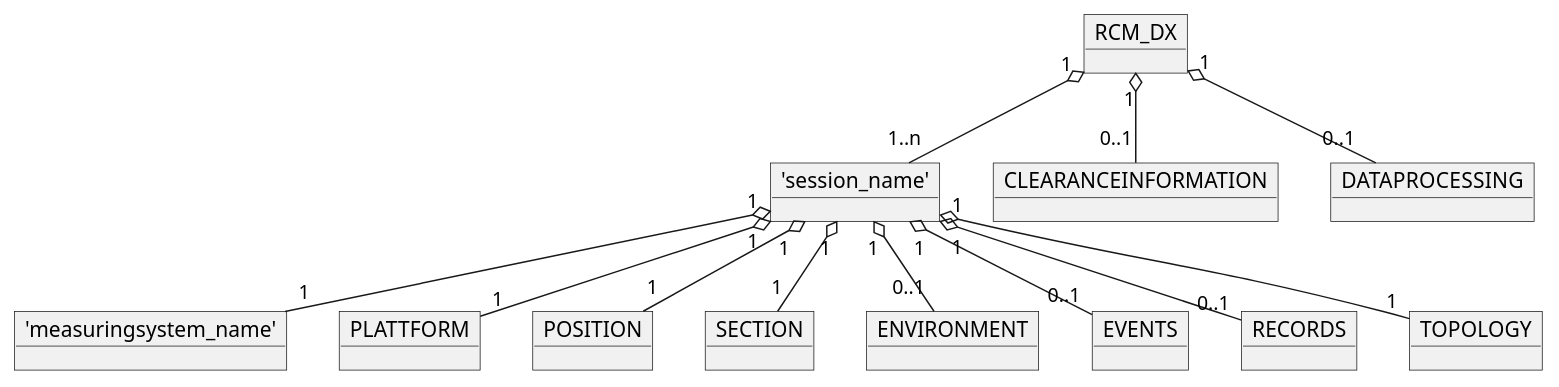
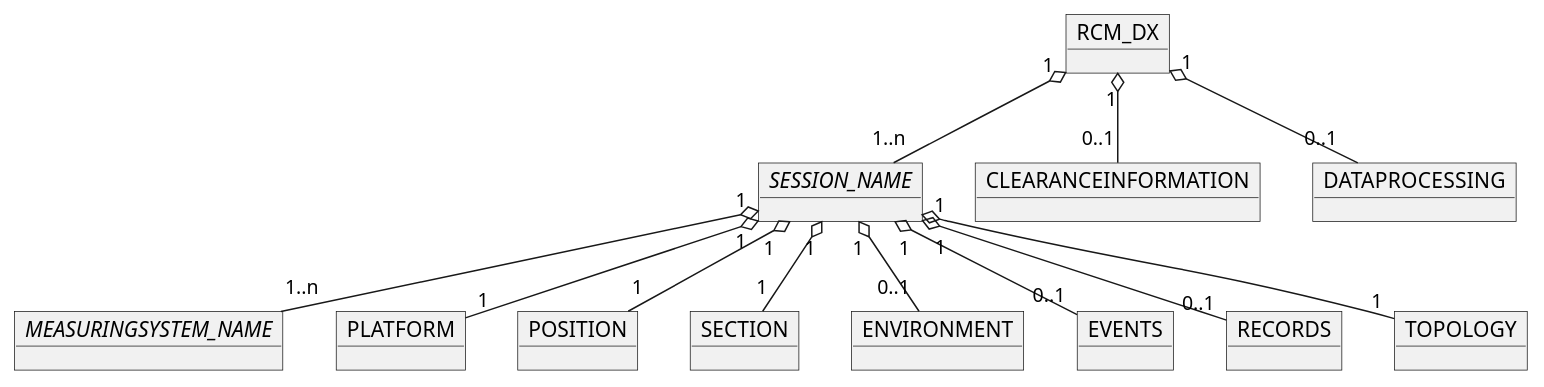
The second of 9 diagrams in images.puml (OpenRailAssociation/rcm-dx), drawn with PlantUML before and after one commit. The commit also changed other lines of this file and 2 other files, not shown here.

```diff
--- a/images.puml
+++ b/images.puml
@@ -47,37 +47,37 @@
 @startuml RCM_DX_Structure
 
   object RCM_DX
 
-  object "'session_name'" as session_name
+  object "//SESSION_NAME//" as session_name
 
-  object "'measuringsystem_name'" as measuringsystem_name
+  object "//MEASURINGSYSTEM_NAME//" as measuringsystem_name
 
   object CLEARANCEINFORMATION
   object DATAPROCESSING
 
-  object PLATTFORM
+  object PLATFORM
 
   object POSITION
   object SECTION
   
   object ENVIRONMENT
 
   object EVENTS
   object RECORDS
 
   object TOPOLOGY
 
   RCM_DX "1" o-- "1..n" session_name
   RCM_DX "1" o-- "0..1" CLEARANCEINFORMATION
   RCM_DX "1" o-- "0..1" DATAPROCESSING
   
-  session_name "1" o-- "1" PLATTFORM
+  session_name "1" o-- "1" PLATFORM
   session_name "1" o-- "1" POSITION
   session_name "1" o-- "0..1" ENVIRONMENT
-  session_name "1" o-- "1" measuringsystem_name
+  session_name "1" o-- "1..n" measuringsystem_name
   session_name "1" o-- "0..1" EVENTS
   session_name "1" o-- "0..1" RECORDS
   session_name "1" o-- "1" TOPOLOGY
   session_name "1" o-- "1" SECTION
   
 @enduml
```
